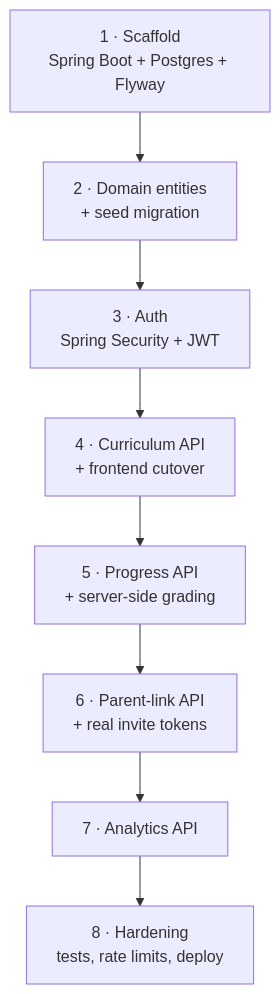
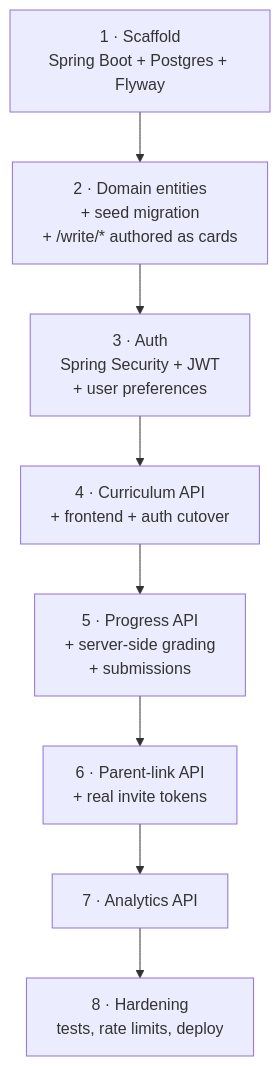
The third of 3 diagrams in Englisher/SPRINGBOOT-MIGRATION.md (induwara-amaranga/project-english-bridge), drawn with Mermaid before and after one commit. The commit also changed other lines of this file and 69 other files, not shown here.

````diff
--- a/Englisher/SPRINGBOOT-MIGRATION.md
+++ b/Englisher/SPRINGBOOT-MIGRATION.md
@@ -223,10 +325,10 @@
 ```mermaid
 flowchart TD
-  P1["1 · Scaffold<br/>Spring Boot + Postgres + Flyway"] --> P2["2 · Domain entities<br/>+ seed migration"]
-  P2 --> P3["3 · Auth<br/>Spring Security + JWT"]
-  P3 --> P4["4 · Curriculum API<br/>+ frontend cutover"]
-  P4 --> P5["5 · Progress API<br/>+ server-side grading"]
+  P1["1 · Scaffold<br/>Spring Boot + Postgres + Flyway"] --> P2["2 · Domain entities<br/>+ seed migration<br/>+ /write/* authored as cards"]
+  P2 --> P3["3 · Auth<br/>Spring Security + JWT<br/>+ user preferences"]
+  P3 --> P4["4 · Curriculum API<br/>+ frontend + auth cutover"]
+  P4 --> P5["5 · Progress API<br/>+ server-side grading<br/>+ submissions"]
   P5 --> P6["6 · Parent-link API<br/>+ real invite tokens"]
   P6 --> P7["7 · Analytics API"]
   P7 --> P8["8 · Hardening<br/>tests, rate limits, deploy"]
 ```
````
